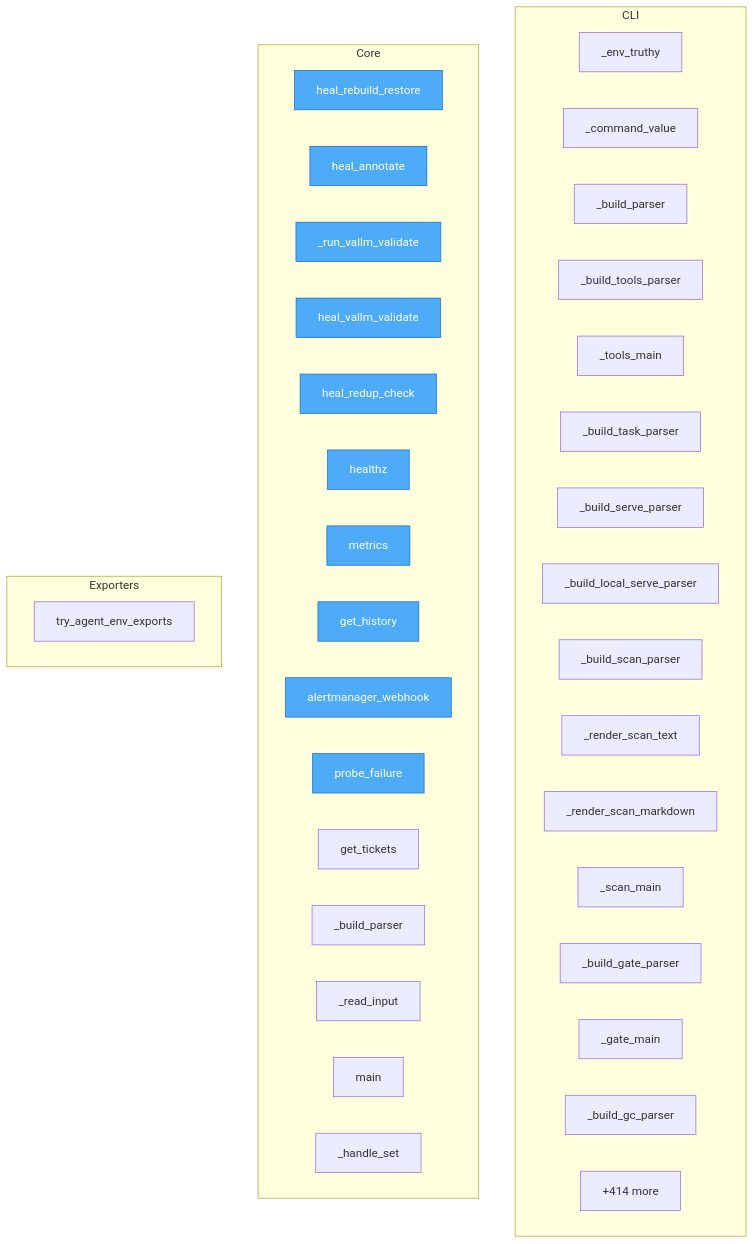
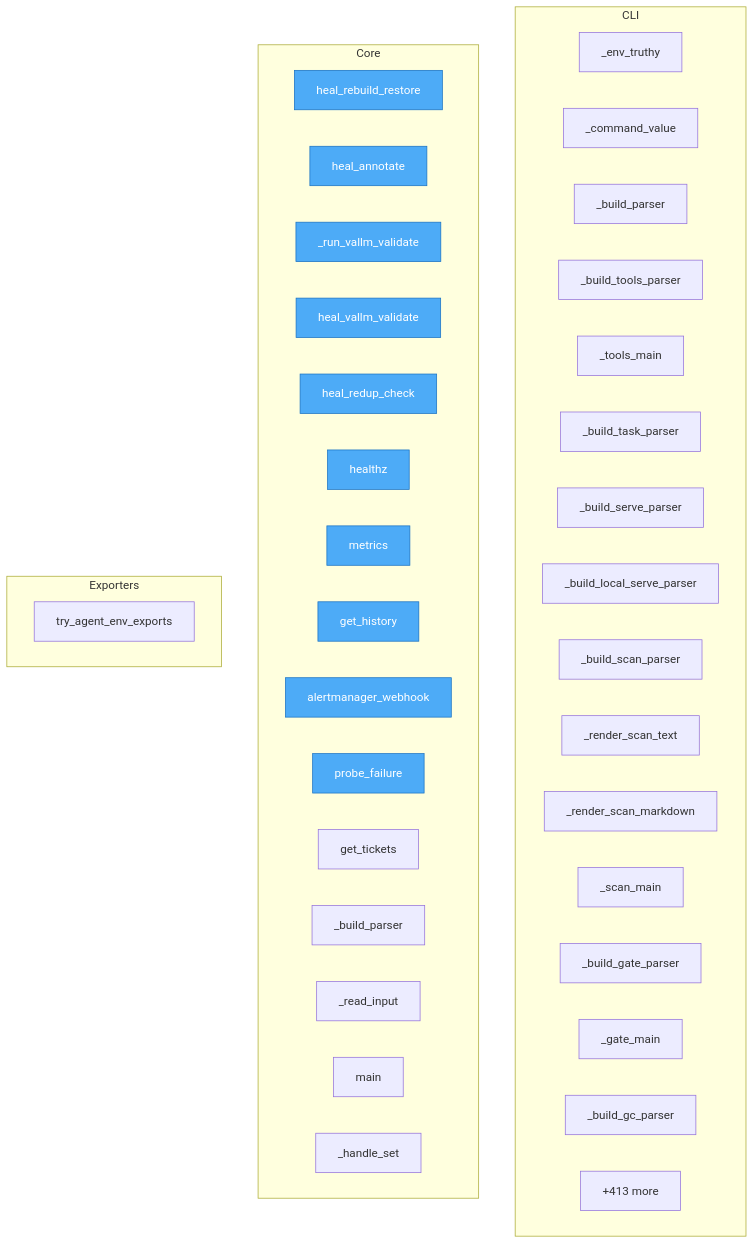
Before and after one commit to semcod/koru: the diagram in project/flow.mmd, drawn with Mermaid. The commit also changed 22 other files, not shown here.

```diff
--- a/project/flow.mmd
+++ b/project/flow.mmd
@@ -1,49 +1,49 @@
 flowchart TD
 %% generated in 0.03s
 
     %% Entry points (blue)
     classDef entry fill:#4dabf7,stroke:#1971c2,color:#fff
 
     subgraph CLI
         koru__cli___env_truthy["_env_truthy"]
         koru__cli___command_value["_command_value"]
         koru__cli___build_parser["_build_parser"]
         koru__cli___build_tools_parser["_build_tools_parser"]
         koru__cli___tools_main["_tools_main"]
         koru__cli___build_task_parser["_build_task_parser"]
         koru__cli___build_serve_parser["_build_serve_parser"]
         koru__cli___build_local_serve_parser["_build_local_serve_parser"]
         koru__cli___build_scan_parser["_build_scan_parser"]
         koru__cli___render_scan_text["_render_scan_text"]
         koru__cli___render_scan_markdown["_render_scan_markdown"]
         koru__cli___scan_main["_scan_main"]
         koru__cli___build_gate_parser["_build_gate_parser"]
         koru__cli___gate_main["_gate_main"]
         koru__cli___build_gc_parser["_build_gc_parser"]
         ...["+47 more"]
     end
 
     subgraph Core
         services__healing_webhook__app__heal_rebuild_restore["heal_rebuild_restore"]
         services__healing_webhook__app__heal_annotate["heal_annotate"]
         services__healing_webhook__app___run_vallm_validate["_run_vallm_validate"]
         services__healing_webhook__app__heal_vallm_validate["heal_vallm_validate"]
         services__healing_webhook__app__heal_redup_check["heal_redup_check"]
         services__healing_webhook__app__healthz["healthz"]
         services__healing_webhook__app__metrics["metrics"]
         services__healing_webhook__app__get_history["get_history"]
         services__healing_webhook__app__alertmanager_webhook["alertmanager_webhook"]
         services__healing_webhook__app__probe_failure["probe_failure"]
         services__healing_webhook__app__get_tickets["get_tickets"]
         src__korudsl__cli___build_parser["_build_parser"]
         src__korudsl__cli___read_input["_read_input"]
         src__korudsl__cli__main["main"]
         src__korudsl__library___handle_set["_handle_set"]
-        ...["+414 more"]
+        ...["+413 more"]
     end
 
     subgraph Exporters
         src__koru__agent_cli_helpers__try_agent_env_exports["try_agent_env_exports"]
     end
 
     class services__healing_webhook__app__heal_rebuild_restore,services__healing_webhook__app__heal_annotate,services__healing_webhook__app___run_vallm_validate,services__healing_webhook__app__heal_vallm_validate,services__healing_webhook__app__heal_redup_check,services__healing_webhook__app__healthz,services__healing_webhook__app__metrics,services__healing_webhook__app__get_history,services__healing_webhook__app__alertmanager_webhook,services__healing_webhook__app__probe_failure entry
```
